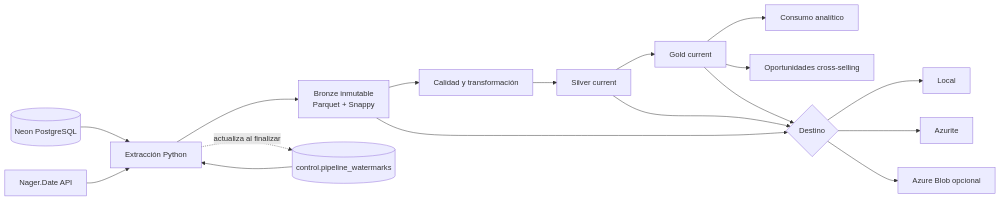
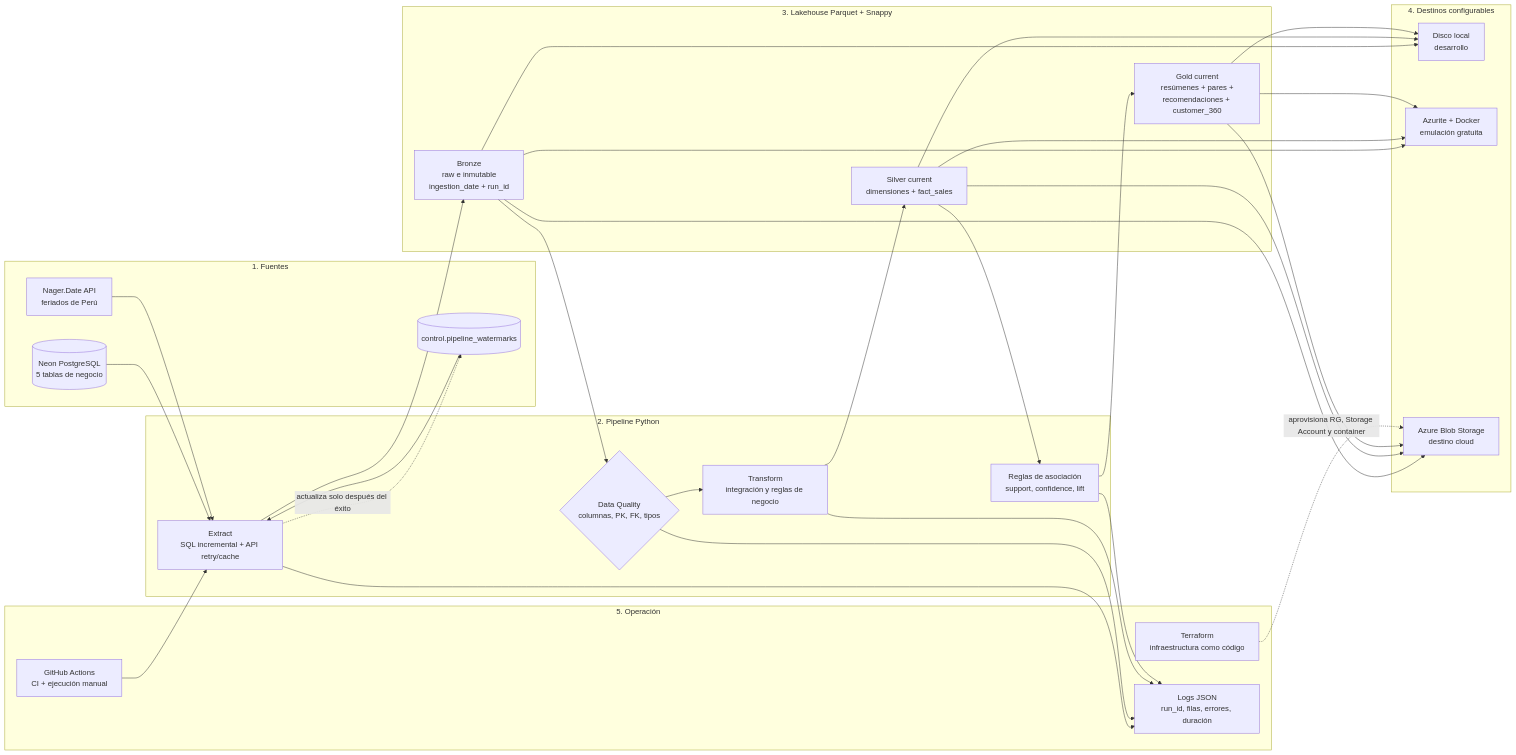
One commit to RichardAngeloCotaquispeGuzman/cross-sell-data-platform changed the diagram in architecture/diagrams/pipeline.mmd. Above: the diagram before and after it, drawn with Mermaid. The commit also changed 48 other files, not shown here.

Commit message:
feat: finalize cross-sell data platform (#1)

```diff
--- a/architecture/diagrams/pipeline.mmd
+++ b/architecture/diagrams/pipeline.mmd
@@ -1,15 +1,50 @@
 flowchart LR
-    N[(Neon PostgreSQL)] --> E[Extracción Python]
-    A[Nager.Date API] --> E
-    W[(control.pipeline_watermarks)] --> E
-    E --> B[Bronze inmutable<br/>Parquet + Snappy]
-    B --> Q[Calidad y transformación]
-    Q --> S[Silver current]
-    S --> G[Gold current]
-    G --> C[Consumo analítico]
-    G --> R[Oportunidades cross-selling]
-    E -. actualiza al finalizar .-> W
-    B & S & G --> D{Destino}
-    D --> L[Local]
-    D --> Z[Azurite]
-    D --> AZ[Azure Blob opcional]
+    subgraph SRC["1. Fuentes"]
+        N[("Neon PostgreSQL<br/>5 tablas de negocio")]
+        A["Nager.Date API<br/>feriados de Perú"]
+        W[("control.pipeline_watermarks")]
+    end
+
+    subgraph PY["2. Pipeline Python"]
+        E["Extract<br/>SQL incremental + API retry/cache"]
+        Q{"Data Quality<br/>columnas, PK, FK, tipos"}
+        T["Transform<br/>integración y reglas de negocio"]
+        R["Reglas de asociación<br/>support, confidence, lift"]
+    end
+
+    subgraph MED["3. Lakehouse Parquet + Snappy"]
+        B["Bronze<br/>raw e inmutable<br/>ingestion_date + run_id"]
+        S["Silver current<br/>dimensiones + fact_sales"]
+        G["Gold current<br/>resúmenes + pares +<br/>recomendaciones + customer_360"]
+    end
+
+    subgraph DST["4. Destinos configurables"]
+        L["Disco local<br/>desarrollo"]
+        Z["Azurite + Docker<br/>emulación gratuita"]
+        AZ["Azure Blob Storage<br/>destino cloud"]
+    end
+
+    subgraph OPS["5. Operación"]
+        GH["GitHub Actions<br/>CI + ejecución manual"]
+        TF["Terraform<br/>infraestructura como código"]
+        LOG["Logs JSON<br/>run_id, filas, errores, duración"]
+    end
+
+    N --> E
+    A --> E
+    W --> E
+    E --> B
+    B --> Q
+    Q --> T
+    T --> S
+    S --> R
+    R --> G
+    E -. "actualiza solo después del éxito" .-> W
+
+    B & S & G --> L
+    B & S & G --> Z
+    B & S & G --> AZ
+
+    GH --> E
+    TF -. "aprovisiona RG, Storage Account y container" .-> AZ
+    E & Q & T & R --> LOG
```
